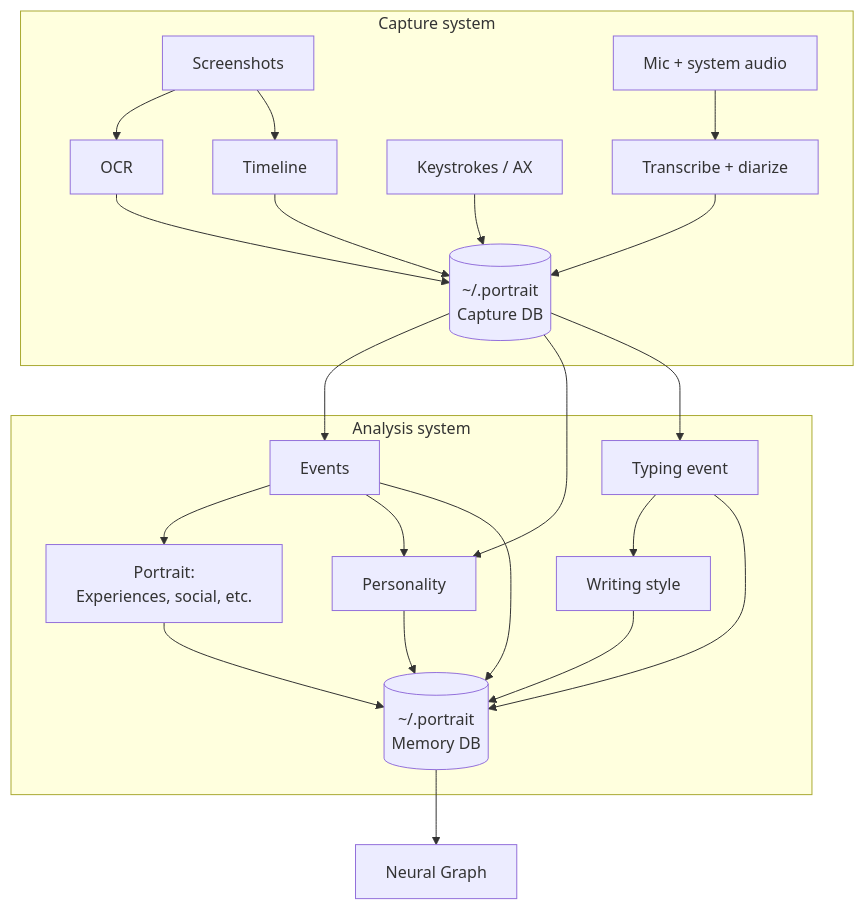
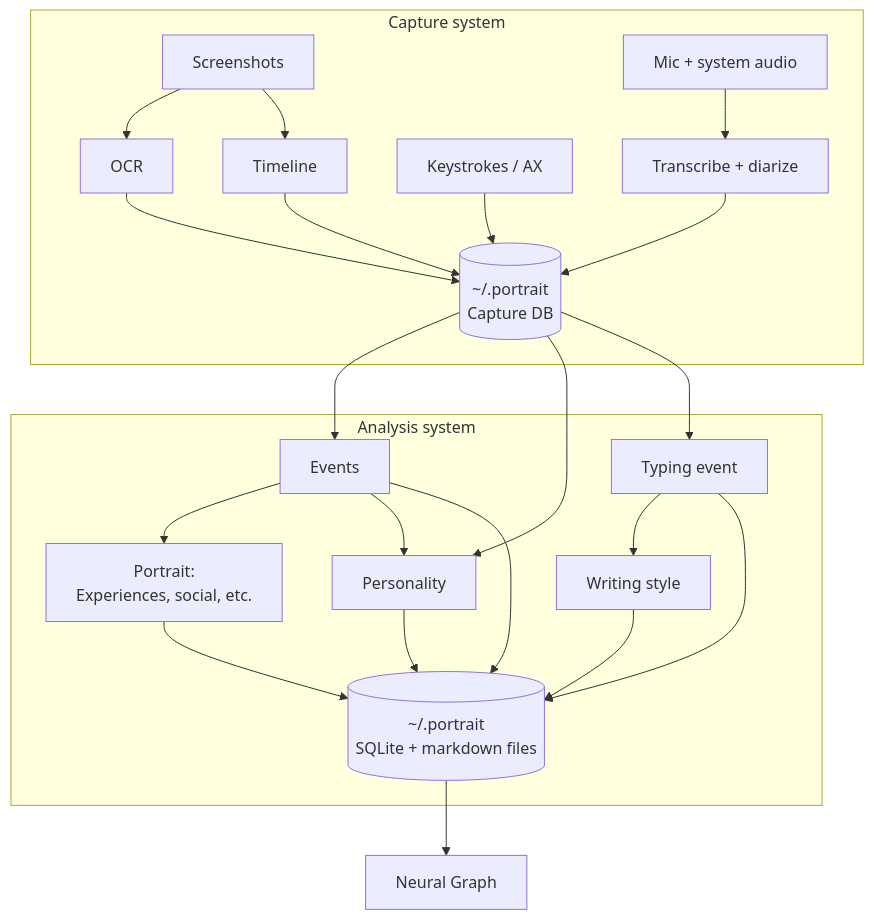
The diagram in README.md (joyzhang14-14/My-Portrait), drawn with Mermaid before and after one commit.

Commit message:
docs(readme): 下游库名改回 SQLite + markdown files

````diff
--- a/README.md
+++ b/README.md
@@ -19,32 +19,32 @@
 ```mermaid
 flowchart TB
   subgraph CAP["Capture system"]
     A1["Screenshots"] --> B1["OCR"]
     A2["Mic + system audio"] --> B2["Transcribe + diarize"]
     A3["Keystrokes / AX"]
     A1 --> TL["Timeline"]
 
     TL --> MT[("~/.portrait<br/>Capture DB")]
     B1 --> MT
     B2 --> MT
     A3 --> MT
   end
 
   subgraph ANA["Analysis system"]
     E["Events"] --> P["Portrait:<br/>Experiences, social, etc."]
     E --> PS["Personality"]
     TE["Typing event"] --> WS["Writing style"]
 
-    E --> DB[("~/.portrait<br/>Memory DB")]
+    E --> DB[("~/.portrait<br/>SQLite + markdown files")]
     TE --> DB
     P --> DB
     PS --> DB
     WS --> DB
   end
 
   MT --> E
   MT --> PS
   MT --> TE
 
   DB --> G["Neural Graph"]
 ```
````
